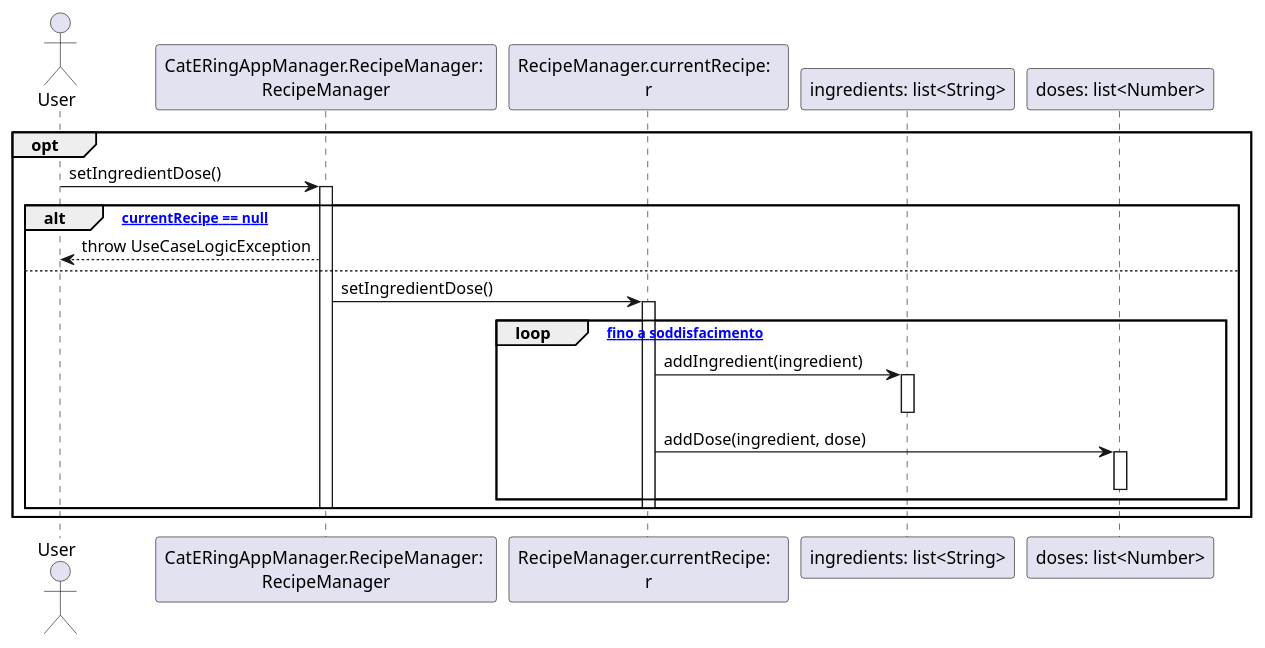
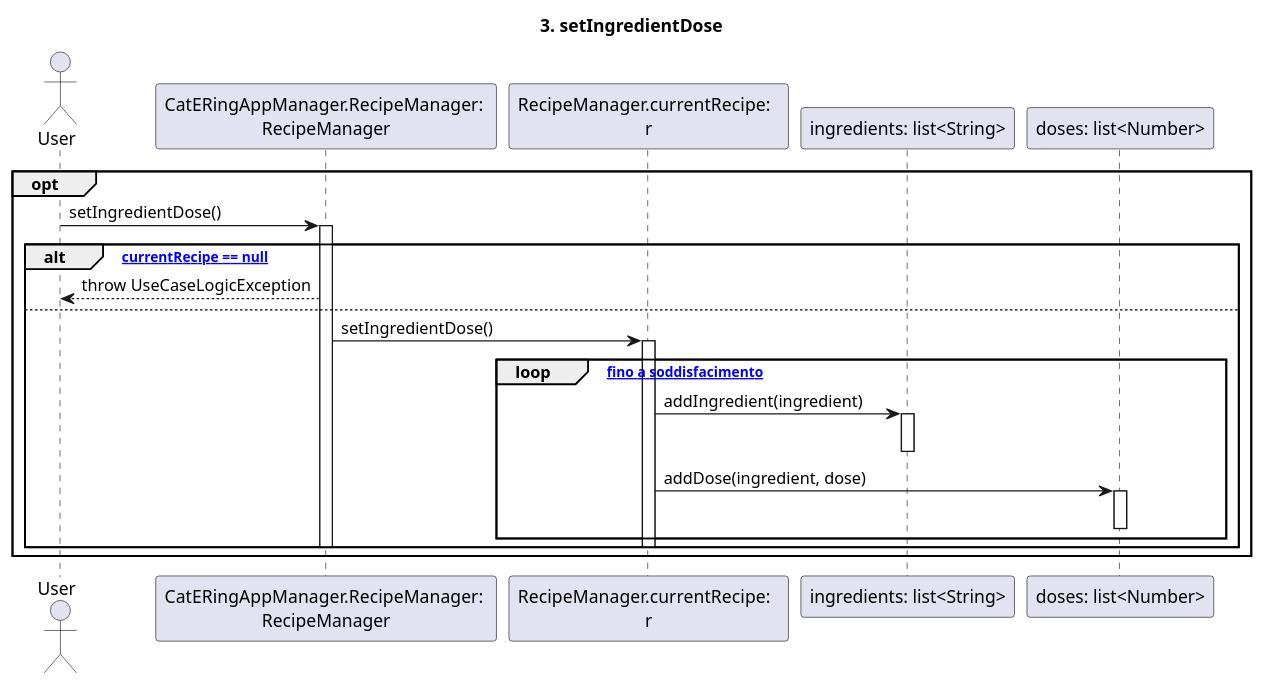
The diagram in dsd/dsd-ricette/3-setIngredientDose.md (m0canu1/sas), drawn with PlantUML before and after one commit. The commit also changed 15 other files, not shown here.

````diff
--- a/dsd/dsd-ricette/3-setIngredientDose.md
+++ b/dsd/dsd-ricette/3-setIngredientDose.md
@@ -1,27 +1,29 @@
 ```plantuml
+title: 3. setIngredientDose
+
 Actor User
 Participant "CatERingAppManager.RecipeManager: \nRecipeManager" as RM
 Participant "RecipeManager.currentRecipe:  \nr" as CR
 
 opt
 	User -> RM: setIngredientDose()
 	Activate RM
 
 	alt ["currentRecipe == null"]
 		RM --> User: throw UseCaseLogicException
 	else 
 		RM -> CR: setIngredientDose()
 		Activate CR
 		loop ["fino a soddisfacimento"]
 			CR -> "ingredients: list<String>": addIngredient(ingredient)
 			Activate "ingredients: list<String>"
 			Deactivate "ingredients: list<String>"
 			CR -> "doses: list<Number>": addDose(ingredient, dose)
 			Activate "doses: list<Number>"
 			Deactivate "doses: list<Number>"
 		end
 		Deactivate CR
 		Deactivate RM
 	end
 end
 ```
````
